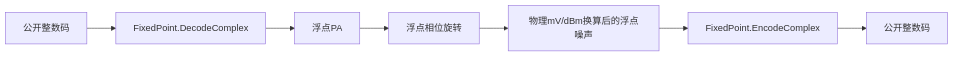
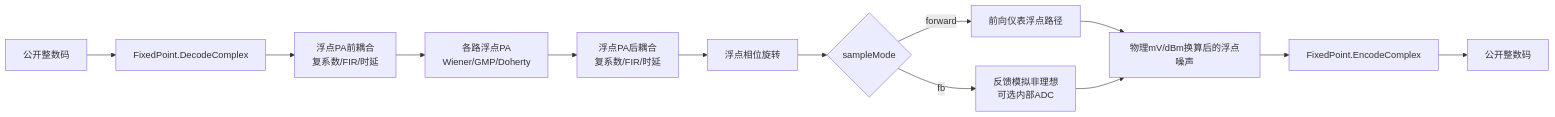
One commit to niyilu45/DPD_ILC changed the third of 4 diagrams in doc/FixedPoint.md. Above: the diagram before and after it, drawn with Mermaid. The commit also changed other lines of this file and 16 other files, not shown here.

````diff
--- a/doc/FixedPoint.md
+++ b/doc/FixedPoint.md
@@ -205,9 +205,15 @@
 ```mermaid
 flowchart LR
     publicInput["公开整数码"] --> decode["FixedPoint.DecodeComplex"]
-    decode --> pa["浮点PA"]
-    pa --> phase["浮点相位旋转"]
-    phase --> noise["物理mV/dBm换算后的浮点噪声"]
+    decode --> pre["浮点PA前耦合<br/>复系数/FIR/时延"]
+    pre --> pa["各路浮点PA<br/>Wiener/GMP/Doherty"]
+    pa --> post["浮点PA后耦合<br/>复系数/FIR/时延"]
+    post --> phase["浮点相位旋转"]
+    phase --> mode{"sampleMode"}
+    mode -->|forward| forward["前向仪表浮点路径"]
+    mode -->|fb| fb["反馈模拟非理想<br/>可选内部ADC"]
+    forward --> noise["物理mV/dBm换算后的浮点噪声"]
+    fb --> noise
     noise --> encode["FixedPoint.EncodeComplex"]
     encode --> publicOutput["公开整数码"]
 ```
````
